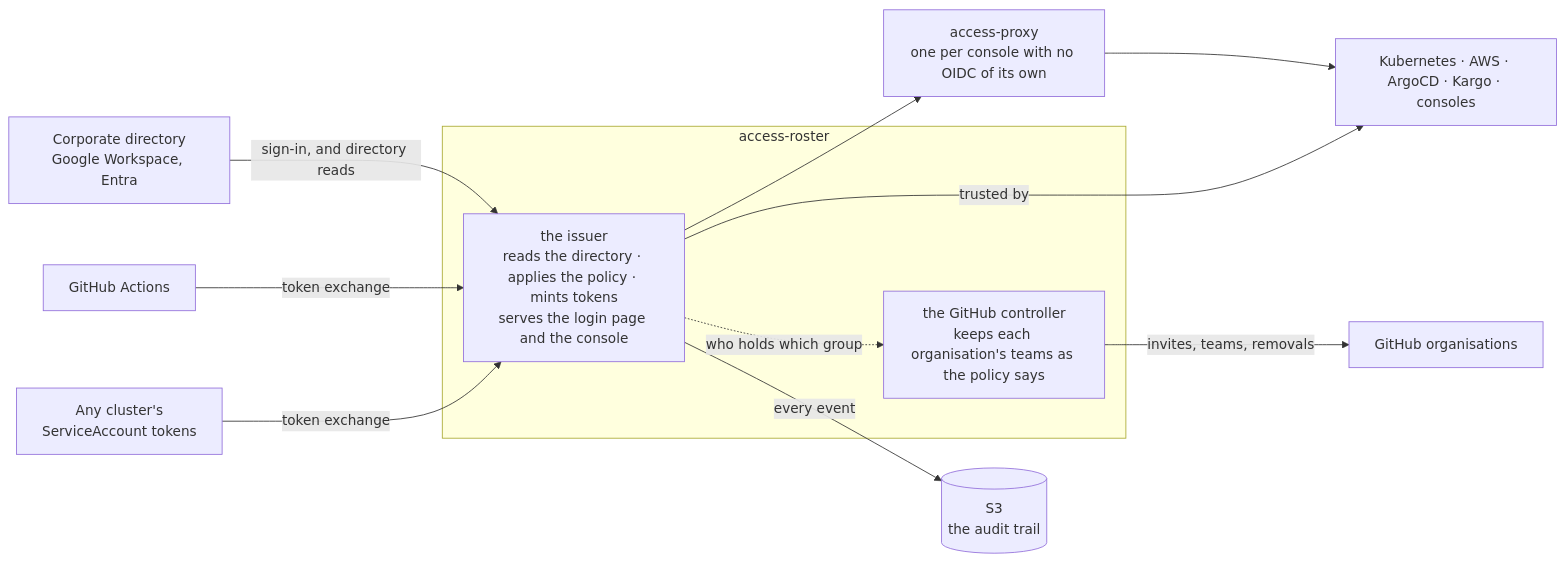
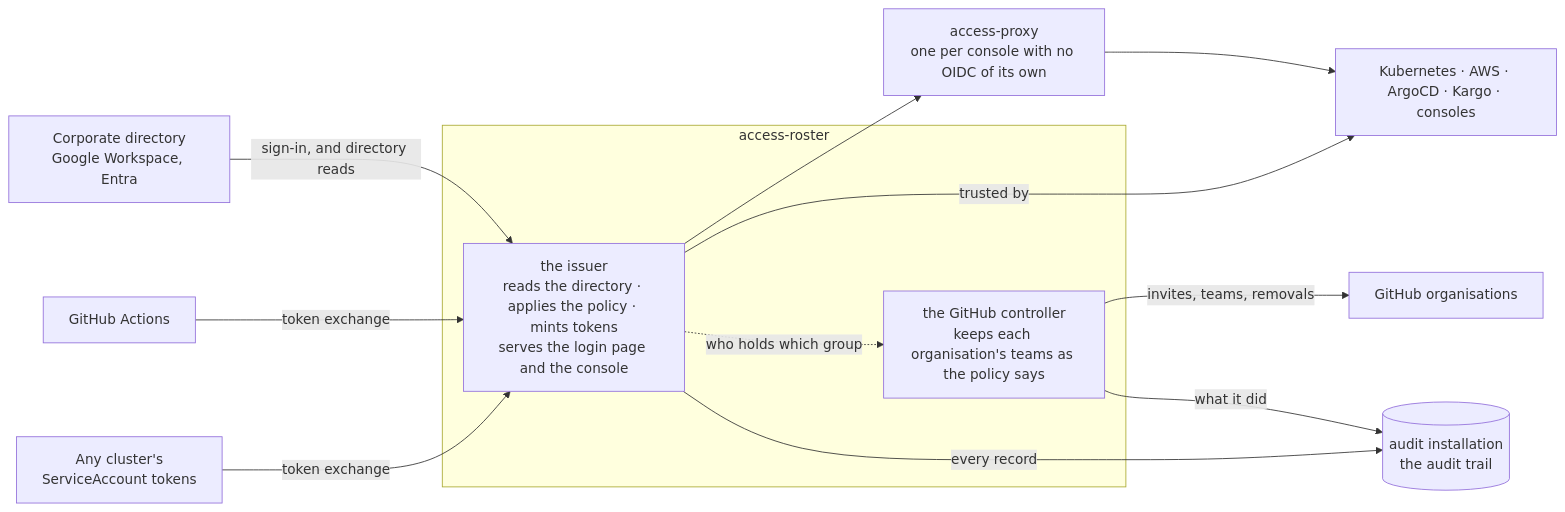
The diagram in README.md (truvity/access-roster), drawn with Mermaid before and after one commit. The commit also changed other lines of this file and 127 other files, not shown here.

````diff
--- a/README.md
+++ b/README.md
@@ -113,25 +114,26 @@
 ```mermaid
 flowchart LR
   idp["Corporate directory<br/>Google Workspace, Entra"]
   gh["GitHub Actions"]
   k8s["Any cluster's<br/>ServiceAccount tokens"]
 
   subgraph ar["access-roster"]
     iss["the issuer<br/>reads the directory · applies the policy · mints tokens<br/>serves the login page and the console"]
     ctl["the GitHub controller<br/>keeps each organisation's teams as the policy says"]
   end
 
   proxy["access-proxy<br/>one per console with no OIDC of its own"]
   apps["Kubernetes · AWS · ArgoCD · Kargo · consoles"]
   orgs["GitHub organisations"]
-  s3[("S3<br/>the audit trail")]
+  s3[("audit installation<br/>the audit trail")]
 
   idp -- "sign-in, and directory reads" --> iss
   gh -- "token exchange" --> iss
   k8s -- "token exchange" --> iss
   iss --> proxy --> apps
   iss -- "trusted by" --> apps
   iss -. "who holds which group" .-> ctl
   ctl -- "invites, teams, removals" --> orgs
-  iss -- "every event" --> s3
+  iss -- "every record" --> s3
+  ctl -- "what it did" --> s3
 ```
````
